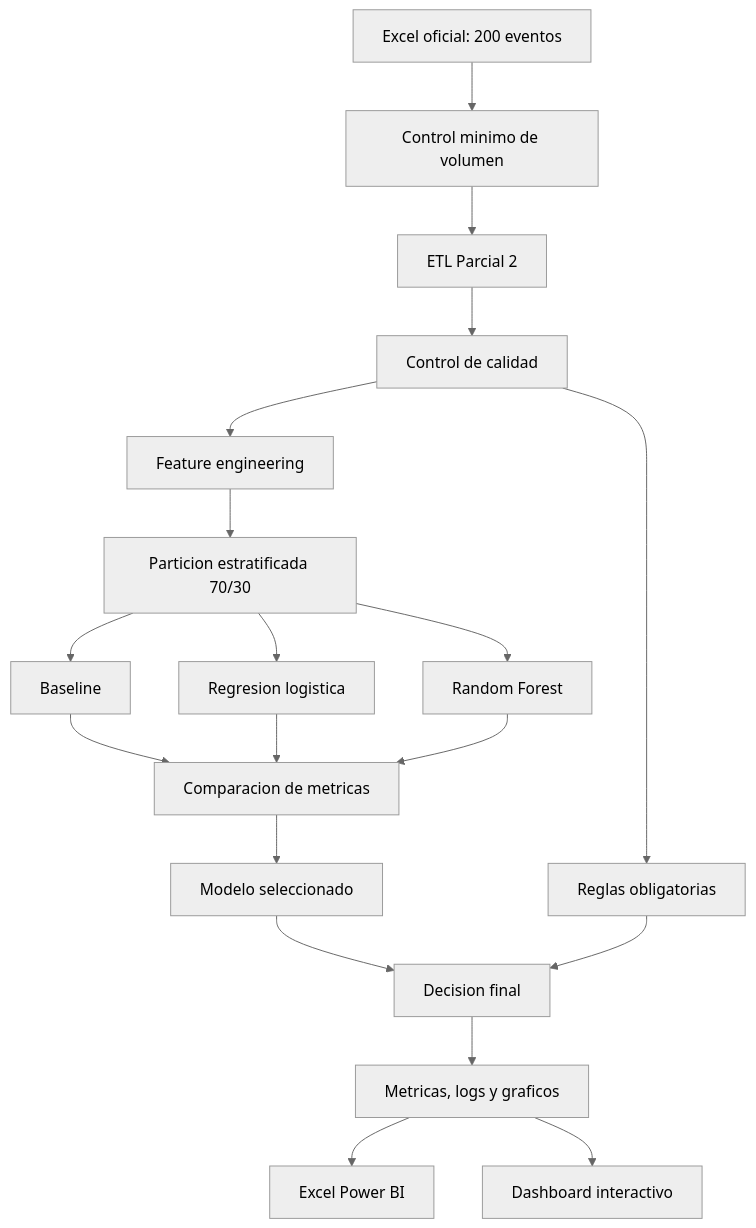
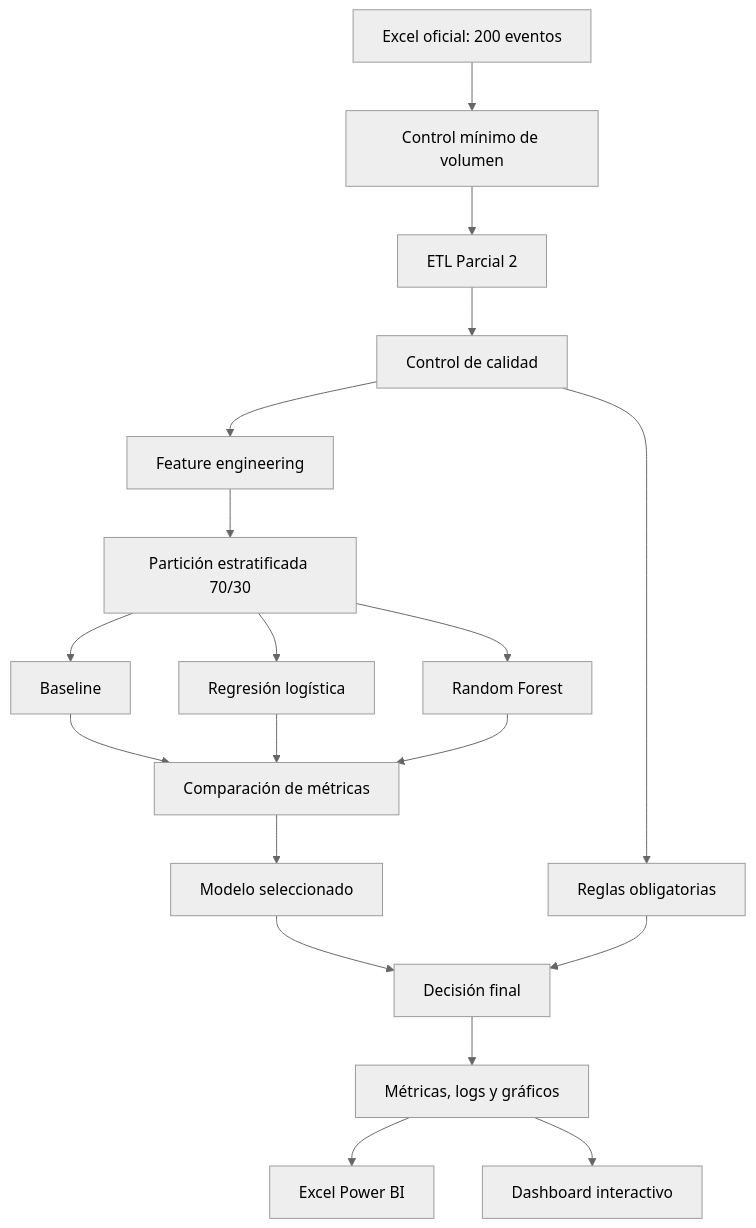
Before and after one commit to vicentehueichapan/ProyecGEIA: the second of 2 diagrams in README.md, drawn with Mermaid (neutral theme). The commit also changed other lines of this file, not shown here.

````diff
--- a/README.md
+++ b/README.md
@@ -108,21 +108,21 @@
 ```mermaid
 flowchart TD
-    A["Excel oficial: 200 eventos"] --> B["Control minimo de volumen"]
+    A["Excel oficial: 200 eventos"] --> B["Control mínimo de volumen"]
     B --> C["ETL Parcial 2"]
     C --> D["Control de calidad"]
     D --> E["Feature engineering"]
-    E --> F["Particion estratificada 70/30"]
+    E --> F["Partición estratificada 70/30"]
     F --> G["Baseline"]
-    F --> H["Regresion logistica"]
+    F --> H["Regresión logística"]
     F --> I["Random Forest"]
-    G --> J["Comparacion de metricas"]
+    G --> J["Comparación de métricas"]
     H --> J
     I --> J
     J --> K["Modelo seleccionado"]
     D --> L["Reglas obligatorias"]
-    K --> M["Decision final"]
+    K --> M["Decisión final"]
     L --> M
-    M --> N["Metricas, logs y graficos"]
+    M --> N["Métricas, logs y gráficos"]
     N --> O["Excel Power BI"]
     N --> P["Dashboard interactivo"]
 ```
````
